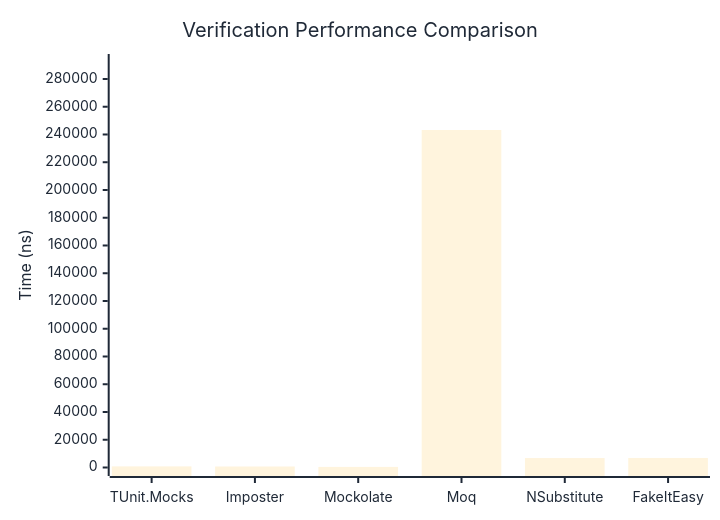
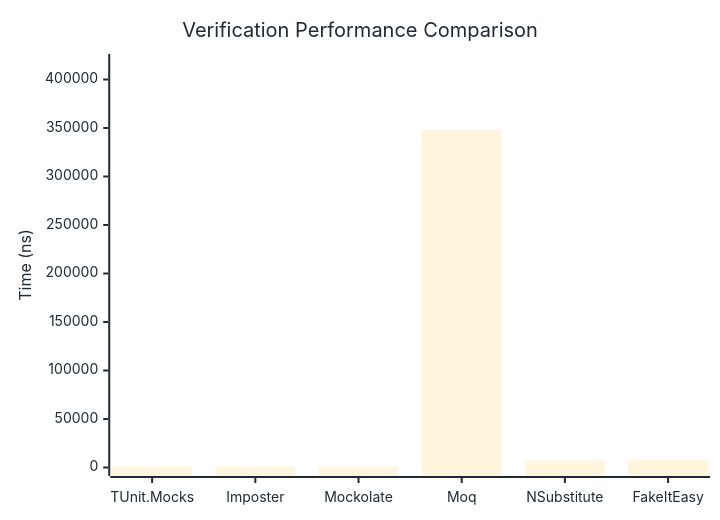
One commit to thomhurst/TUnit changed the first of 3 diagrams in docs/docs/benchmarks/mocks/Verification.md. Above: the diagram before and after it, drawn with Mermaid. The commit also changed other lines of this file and 14 other files, not shown here.

````diff
--- a/docs/docs/benchmarks/mocks/Verification.md
+++ b/docs/docs/benchmarks/mocks/Verification.md
@@ -30,27 +30,27 @@
 ```mermaid
 %%{init: {
   'theme':'base',
   'themeVariables': {
     'primaryColor': '#2563eb',
     'primaryTextColor': '#1f2937',
     'primaryBorderColor': '#1e40af',
     'lineColor': '#6b7280',
     'secondaryColor': '#7c3aed',
     'tertiaryColor': '#dc2626',
     'background': '#ffffff',
     'pie1': '#2563eb',
     'pie2': '#7c3aed',
     'pie3': '#dc2626',
     'pie4': '#f59e0b',
     'pie5': '#10b981',
     'pie6': '#06b6d4',
     'pie7': '#ec4899',
     'pie8': '#6366f1'
   }
 }}%%
 xychart-beta
   title "Verification Performance Comparison"
   x-axis ["TUnit.Mocks", "Imposter", "Mockolate", "Moq", "NSubstitute", "FakeItEasy"]
-  y-axis "Time (ns)" 0 --> 291877
-  bar [793.9, 720.02, 418.74, 243230.07, 6812.11, 6884.14]
+  y-axis "Time (ns)" 0 --> 417532
+  bar [757.38, 730.08, 404.55, 347942.95, 7076.23, 7606.75]
 ```
````
